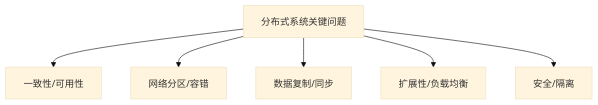
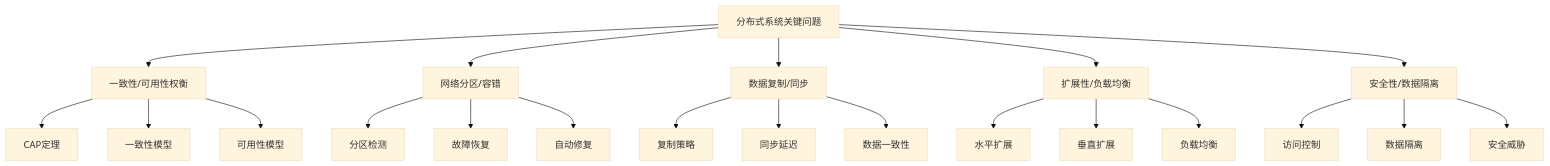
Before and after one commit to AdaMartin18010/SystemOSIOT: the first of 2 diagrams in 4.分布式系统/4.1 知识梳理/4.1.4 关键问题与挑战.md, drawn with Mermaid (base theme). The commit also changed other lines of this file and 118 other files, not shown here.

````diff
--- a/4.分布式系统/4.1 知识梳理/4.1.4 关键问题与挑战.md
+++ b/4.分布式系统/4.1 知识梳理/4.1.4 关键问题与挑战.md
@@ -22,8 +364,28 @@
 ```mermaid
-graph TD;
-  Q[分布式系统关键问题] --> Q1[一致性/可用性];
-  Q --> Q2[网络分区/容错];
-  Q --> Q3[数据复制/同步];
-  Q --> Q4[扩展性/负载均衡];
-  Q --> Q5[安全/隔离];
+graph TD
+    Q[分布式系统关键问题] --> Q1[一致性/可用性权衡]
+    Q --> Q2[网络分区/容错]
+    Q --> Q3[数据复制/同步]
+    Q --> Q4[扩展性/负载均衡]
+    Q --> Q5[安全性/数据隔离]
+    
+    Q1 --> Q1_1[CAP定理]
+    Q1 --> Q1_2[一致性模型]
+    Q1 --> Q1_3[可用性模型]
+    
+    Q2 --> Q2_1[分区检测]
+    Q2 --> Q2_2[故障恢复]
+    Q2 --> Q2_3[自动修复]
+    
+    Q3 --> Q3_1[复制策略]
+    Q3 --> Q3_2[同步延迟]
+    Q3 --> Q3_3[数据一致性]
+    
+    Q4 --> Q4_1[水平扩展]
+    Q4 --> Q4_2[垂直扩展]
+    Q4 --> Q4_3[负载均衡]
+    
+    Q5 --> Q5_1[访问控制]
+    Q5 --> Q5_2[数据隔离]
+    Q5 --> Q5_3[安全威胁]
 ```
````
